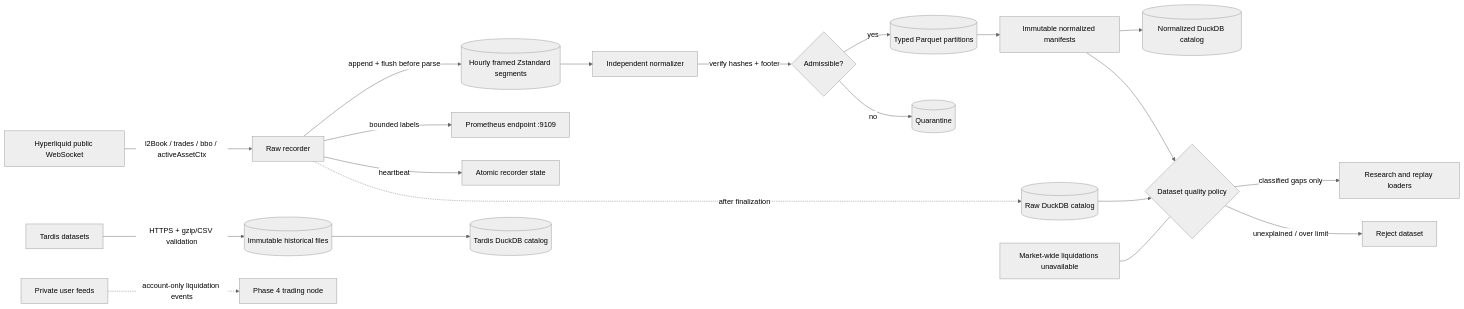
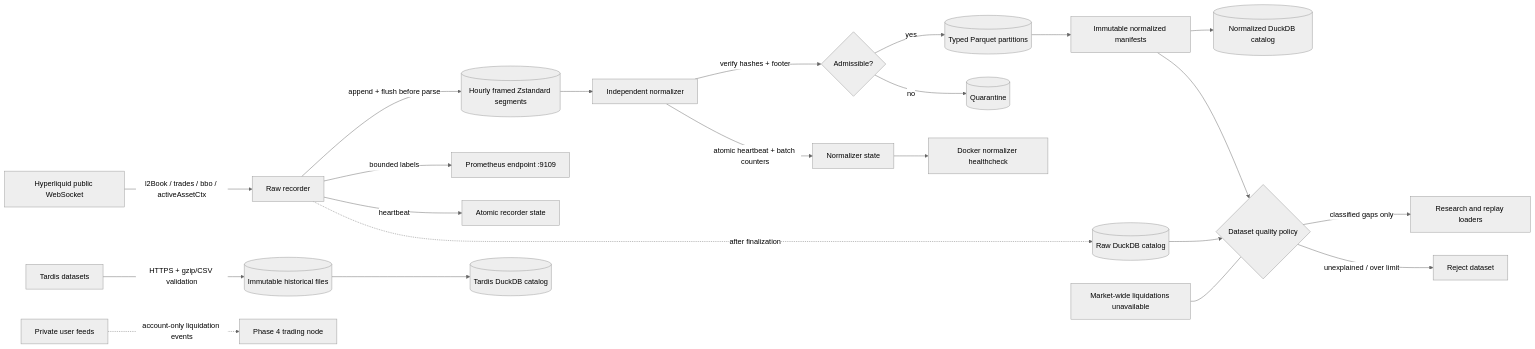
One commit to AegisFintech/AIQuantTrader changed the diagram in docs/architecture/diagrams/phase-3-market-data.mmd. Above: the diagram before and after it, drawn with Mermaid (neutral theme). The commit also changed 13 other files, not shown here.

```diff
--- a/docs/architecture/diagrams/phase-3-market-data.mmd
+++ b/docs/architecture/diagrams/phase-3-market-data.mmd
@@ -1,24 +1,26 @@
 flowchart LR
     HL[Hyperliquid public WebSocket] -->|l2Book / trades / bbo / activeAssetCtx| R[Raw recorder]
     R -->|append + flush before parse| RAW[(Hourly framed Zstandard segments)]
     R -->|bounded labels| PROM[Prometheus endpoint :9109]
     R -->|heartbeat| STATE[Atomic recorder state]
     R -. after finalization .-> RC[(Raw DuckDB catalog)]
 
     RAW --> N[Independent normalizer]
     N -->|verify hashes + footer| VERIFY{Admissible?}
     VERIFY -->|yes| PQ[(Typed Parquet partitions)]
     VERIFY -->|no| Q[(Quarantine)]
     PQ --> NM[Immutable normalized manifests]
     NM --> NC[(Normalized DuckDB catalog)]
+    N -->|atomic heartbeat + batch counters| NSTATE[Normalizer state]
+    NSTATE --> NHEALTH[Docker normalizer healthcheck]
 
     T[Tardis datasets] -->|HTTPS + gzip/CSV validation| HIST[(Immutable historical files)]
     HIST --> TC[(Tardis DuckDB catalog)]
 
     NM --> GATE{Dataset quality policy}
     RC --> GATE
     GATE -->|classified gaps only| RESEARCH[Research and replay loaders]
     GATE -->|unexplained / over limit| REJECT[Reject dataset]
 
     PRIVATE[Private user feeds] -. account-only liquidation events .-> FUTURE[Phase 4 trading node]
     NOTE[Market-wide liquidations unavailable] --- GATE
```
